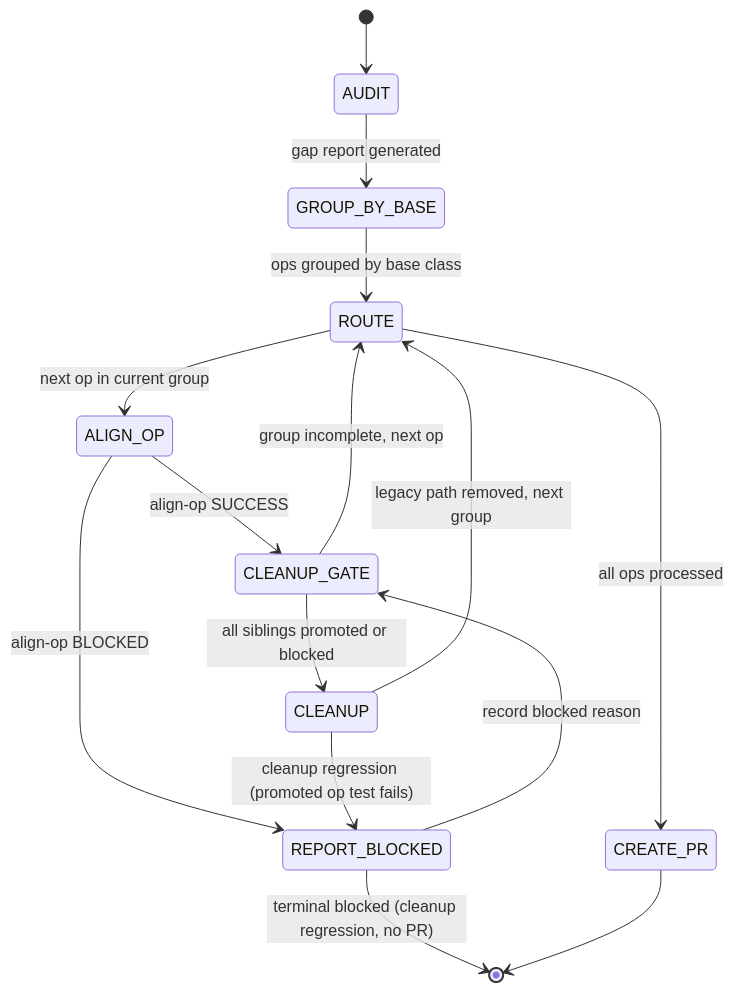
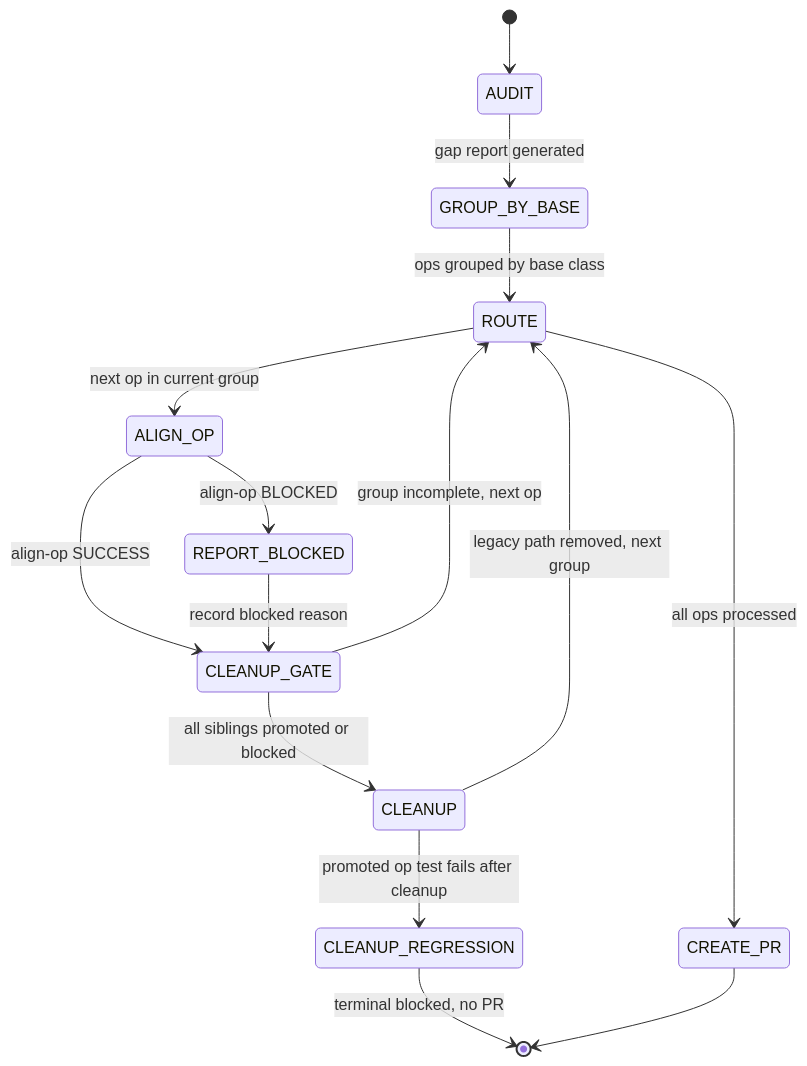
The diagram in .claude/skills/align-family/SKILL.md (tile-ai/TileOPs), drawn with Mermaid before and after one commit. The commit also changed other lines of this file, not shown here.

First line of the commit message:
[Docs][Skills] T024: split REPORT_BLOCKED into distinct per-op vs cleanup terminal states

````diff
--- a/.claude/skills/align-family/SKILL.md
+++ b/.claude/skills/align-family/SKILL.md
@@ -33,17 +33,17 @@
 ```mermaid
 stateDiagram-v2
     [*] --> AUDIT
     AUDIT --> GROUP_BY_BASE: gap report generated
     GROUP_BY_BASE --> ROUTE: ops grouped by base class
     ROUTE --> ALIGN_OP: next op in current group
     ALIGN_OP --> CLEANUP_GATE: align-op SUCCESS
     ALIGN_OP --> REPORT_BLOCKED: align-op BLOCKED
     REPORT_BLOCKED --> CLEANUP_GATE: record blocked reason
     CLEANUP_GATE --> ROUTE: group incomplete, next op
     CLEANUP_GATE --> CLEANUP: all siblings promoted or blocked
     CLEANUP --> ROUTE: legacy path removed, next group
     ROUTE --> CREATE_PR: all ops processed
-    CLEANUP --> REPORT_BLOCKED: cleanup regression (promoted op test fails)
-    REPORT_BLOCKED --> [*]: terminal blocked (cleanup regression, no PR)
+    CLEANUP --> CLEANUP_REGRESSION: promoted op test fails after cleanup
+    CLEANUP_REGRESSION --> [*]: terminal blocked, no PR
     CREATE_PR --> [*]
 ```
````
